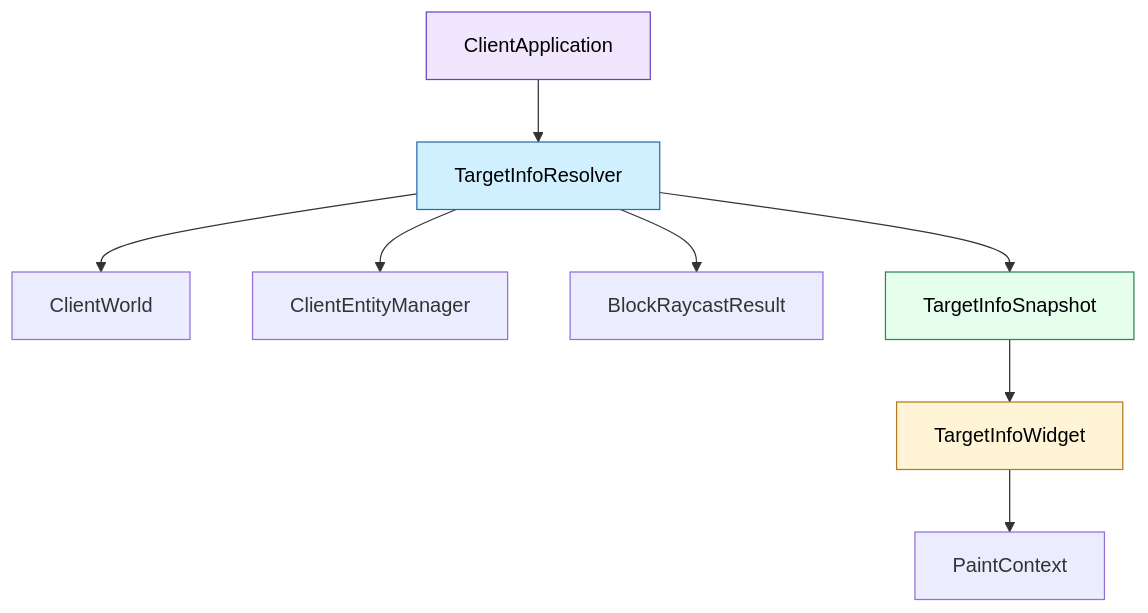
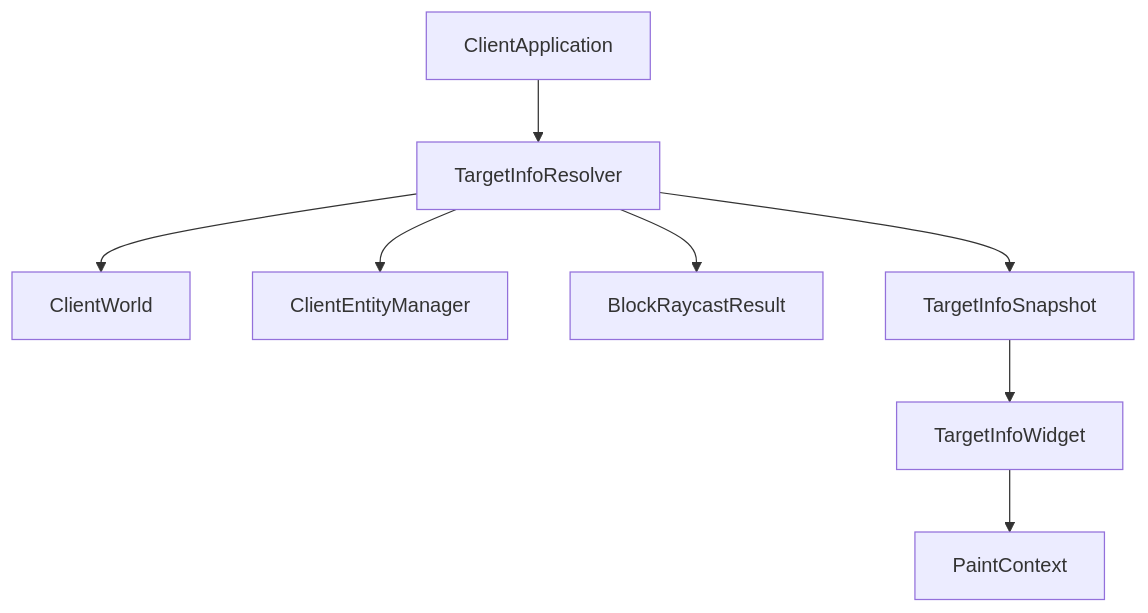
The diagram in src/client/ui/minecraft/targetinfo/README.md (g122622/Cubium), drawn with Mermaid before and after one commit. The commit also changed other lines of this file and 298 other files, not shown here.

````diff
--- a/src/client/ui/minecraft/targetinfo/README.md
+++ b/src/client/ui/minecraft/targetinfo/README.md
@@ -54,15 +17,10 @@
 ```mermaid
 flowchart TB
     App[ClientApplication] --> Resolver[TargetInfoResolver]
     Resolver --> World[ClientWorld]
     Resolver --> EntityMgr[ClientEntityManager]
     Resolver --> BlockRay[BlockRaycastResult]
     Resolver --> Snapshot[TargetInfoSnapshot]
     Snapshot --> Widget[TargetInfoWidget]
     Widget --> Paint[PaintContext]
-
-    style App fill:#f0e7ff,stroke:#6b46c1,color:#000
-    style Resolver fill:#d0f0ff,stroke:#2b6cb0,color:#000
-    style Snapshot fill:#e6ffed,stroke:#2f855a,color:#000
-    style Widget fill:#fff5d6,stroke:#b7791f,color:#000
 ```
````
